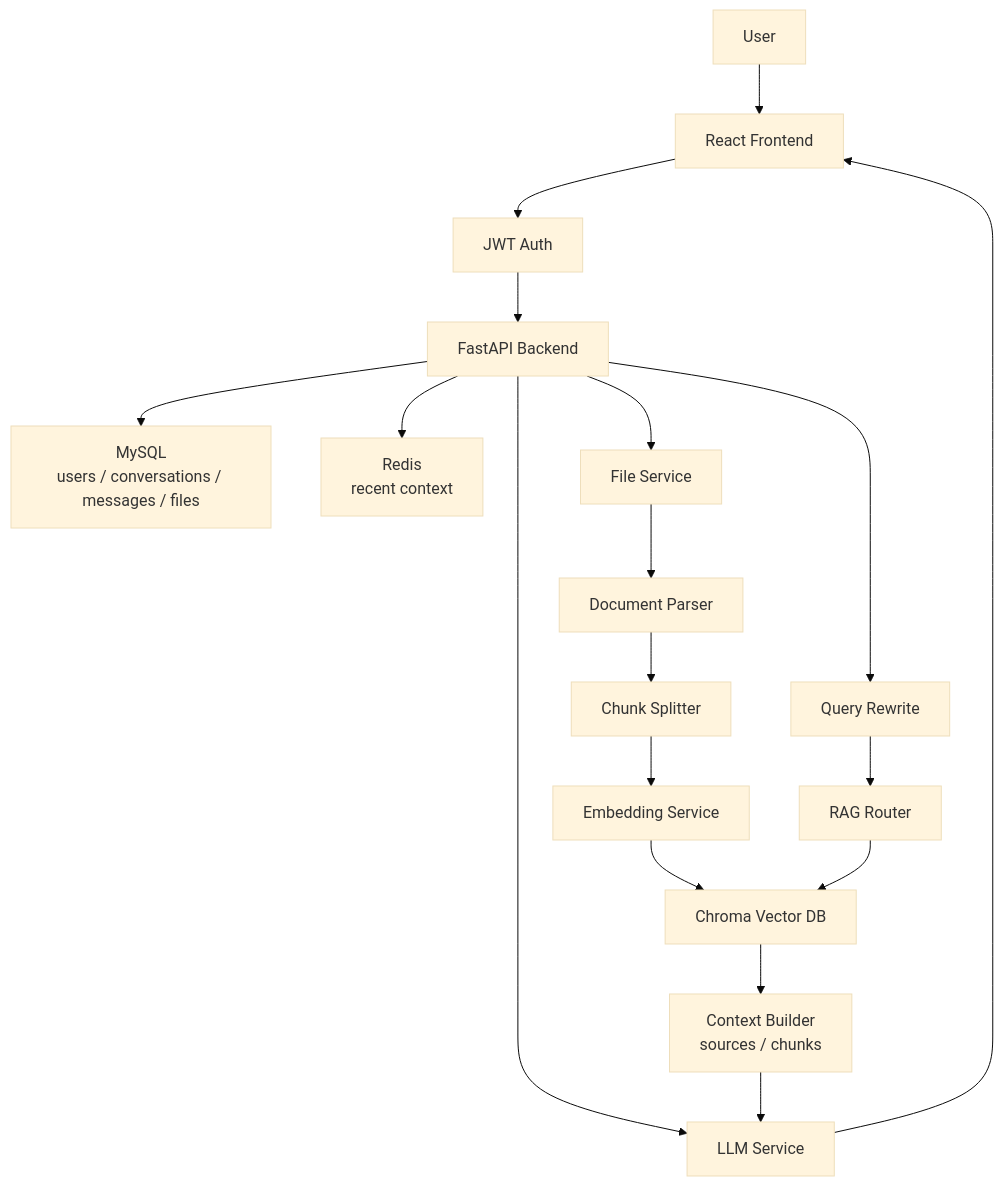
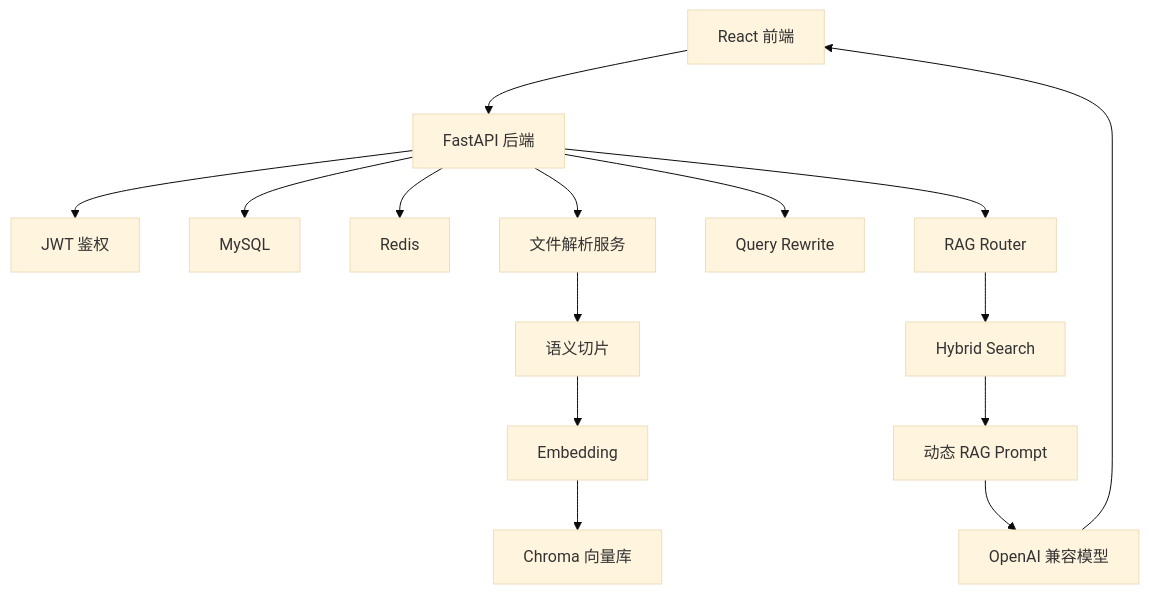
The first of 2 diagrams in README.md (qingchuan73/ai-chat-rag), drawn with Mermaid (base theme) before and after one commit. The commit also changed other lines of this file and 6 other files, not shown here.

````diff
--- a/README.md
+++ b/README.md
@@ -38,23 +50,17 @@
 ```mermaid
 flowchart TD
-    U["User"] --> FE["React Frontend"]
-    FE --> AUTH["JWT Auth"]
-    AUTH --> API["FastAPI Backend"]
-
-    API --> MYSQL["MySQL<br/>users / conversations / messages / files"]
-    API --> REDIS["Redis<br/>recent context"]
-    API --> LLM["LLM Service"]
-
-    API --> FILE["File Service"]
-    FILE --> PARSER["Document Parser"]
-    PARSER --> SPLIT["Chunk Splitter"]
-    SPLIT --> EMB["Embedding Service"]
-    EMB --> CHROMA["Chroma Vector DB"]
-
-    API --> REWRITE["Query Rewrite"]
-    REWRITE --> ROUTER["RAG Router"]
-    ROUTER --> CHROMA
-    CHROMA --> CTX["Context Builder<br/>sources / chunks"]
-    CTX --> LLM
-    LLM --> FE
+    A["React 前端"] --> B["FastAPI 后端"]
+    B --> C["JWT 鉴权"]
+    B --> D["MySQL"]
+    B --> E["Redis"]
+    B --> F["文件解析服务"]
+    F --> G["语义切片"]
+    G --> H["Embedding"]
+    H --> I["Chroma 向量库"]
+    B --> J["Query Rewrite"]
+    B --> K["RAG Router"]
+    K --> L["Hybrid Search"]
+    L --> M["动态 RAG Prompt"]
+    M --> N["OpenAI 兼容模型"]
+    N --> A
 ```
````
